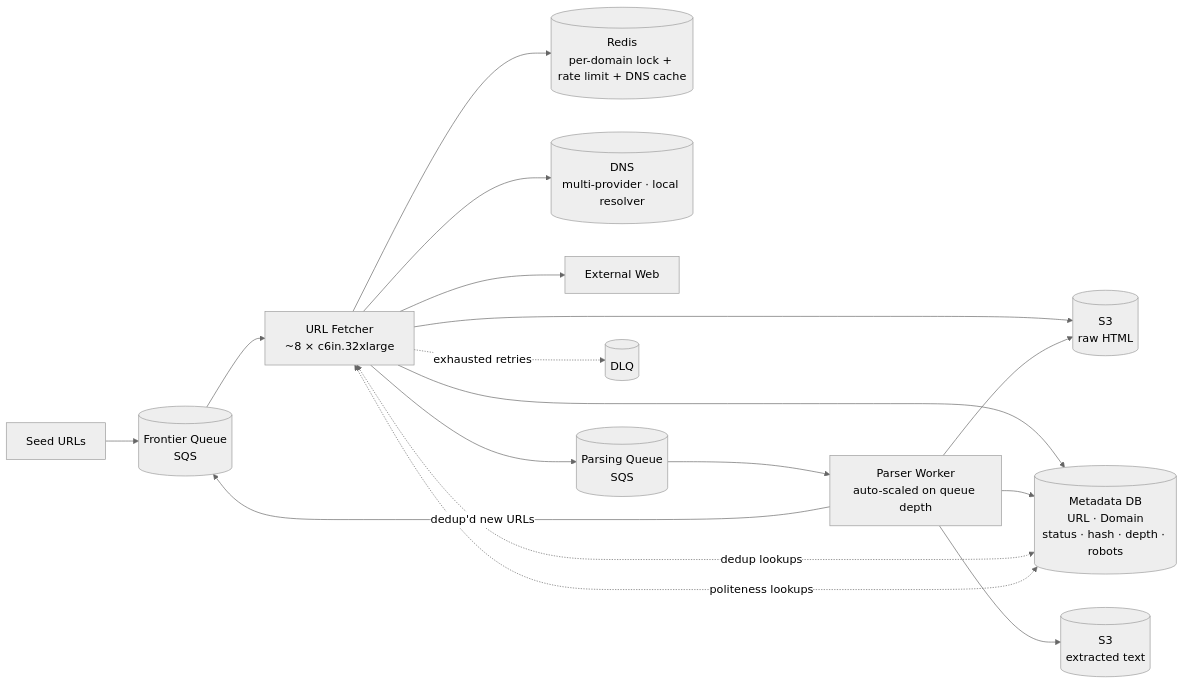
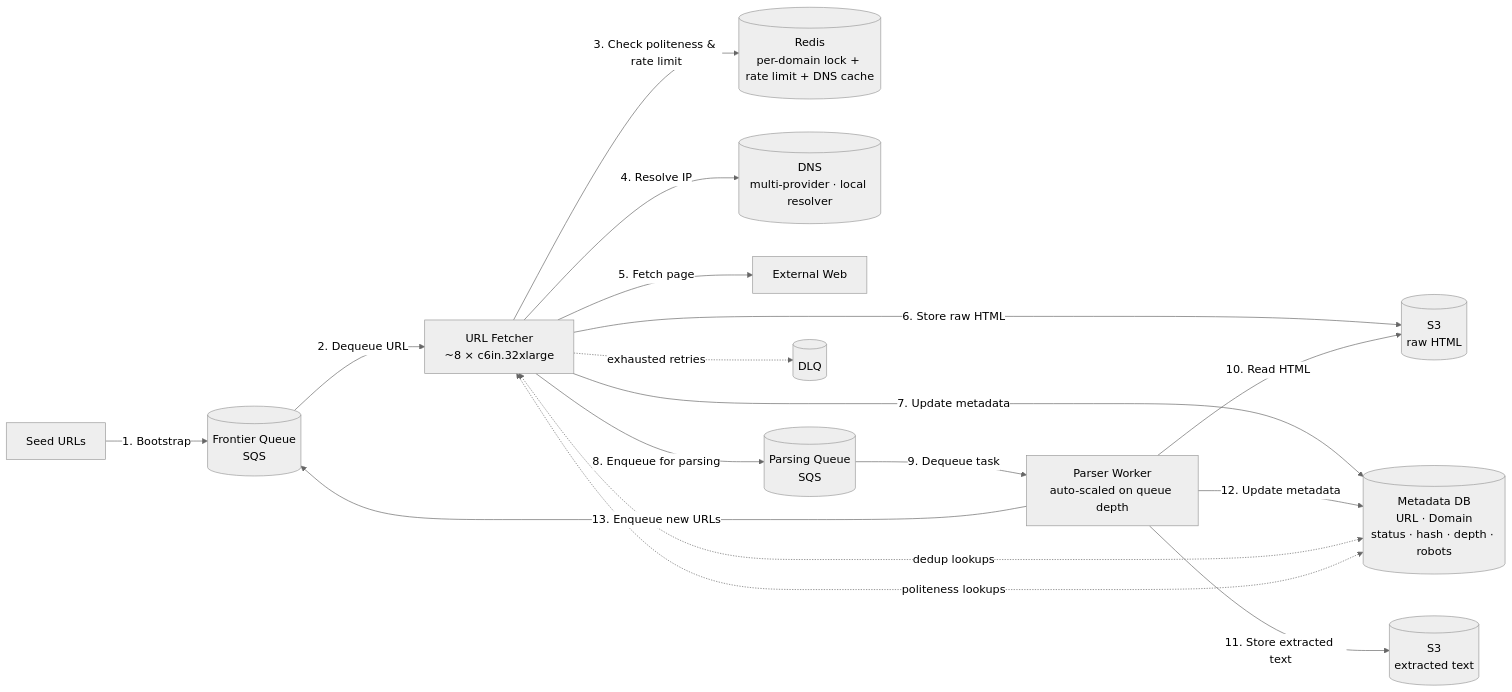
The seventh of 7 diagrams in hld/webcrawler.md (vipi-n/swe-101), drawn with Mermaid before and after one commit. The commit also changed other lines of this file, not shown here.

````diff
--- a/hld/webcrawler.md
+++ b/hld/webcrawler.md
@@ -437,23 +437,23 @@
 ```mermaid
 %%{init: {'theme': 'neutral', 'themeVariables': {'fontSize': '17px'}}}%%
 flowchart LR
-    SEED[Seed URLs] --> FQ[("Frontier Queue<br/>SQS")]
+    SEED[Seed URLs] -->|1. Bootstrap| FQ[("Frontier Queue<br/>SQS")]
 
-    FQ --> UF[URL Fetcher<br/>~8 × c6in.32xlarge]
-    UF --> RC[(Redis<br/>per-domain lock + rate limit + DNS cache)]
-    UF --> DNS[(DNS<br/>multi-provider · local resolver)]
-    UF --> WEB[External Web]
-    UF --> S3H[(S3<br/>raw HTML)]
-    UF --> MD[(Metadata DB<br/>URL · Domain<br/>status · hash · depth · robots)]
-    UF --> PQ[("Parsing Queue<br/>SQS")]
+    FQ -->|2. Dequeue URL| UF[URL Fetcher<br/>~8 × c6in.32xlarge]
+    UF -->|3. Check politeness & rate limit| RC[(Redis<br/>per-domain lock + rate limit + DNS cache)]
+    UF -->|4. Resolve IP| DNS[(DNS<br/>multi-provider · local resolver)]
+    UF -->|5. Fetch page| WEB[External Web]
+    UF -->|6. Store raw HTML| S3H[(S3<br/>raw HTML)]
+    UF -->|7. Update metadata| MD[(Metadata DB<br/>URL · Domain<br/>status · hash · depth · robots)]
+    UF -->|8. Enqueue for parsing| PQ[("Parsing Queue<br/>SQS")]
     UF -. exhausted retries .-> DLQ[("DLQ")]
 
-    PQ --> PW[Parser Worker<br/>auto-scaled on queue depth]
-    PW --> S3H
-    PW --> S3T[(S3<br/>extracted text)]
-    PW --> MD
-    PW -- dedup'd new URLs --> FQ
+    PQ -->|9. Dequeue task| PW[Parser Worker<br/>auto-scaled on queue depth]
+    PW -->|10. Read HTML| S3H
+    PW -->|11. Store extracted text| S3T[(S3<br/>extracted text)]
+    PW -->|12. Update metadata| MD
+    PW -->|13. Enqueue new URLs| FQ
 
     MD <-. dedup lookups .-> UF
     MD <-. politeness lookups .-> UF
 ```
````
